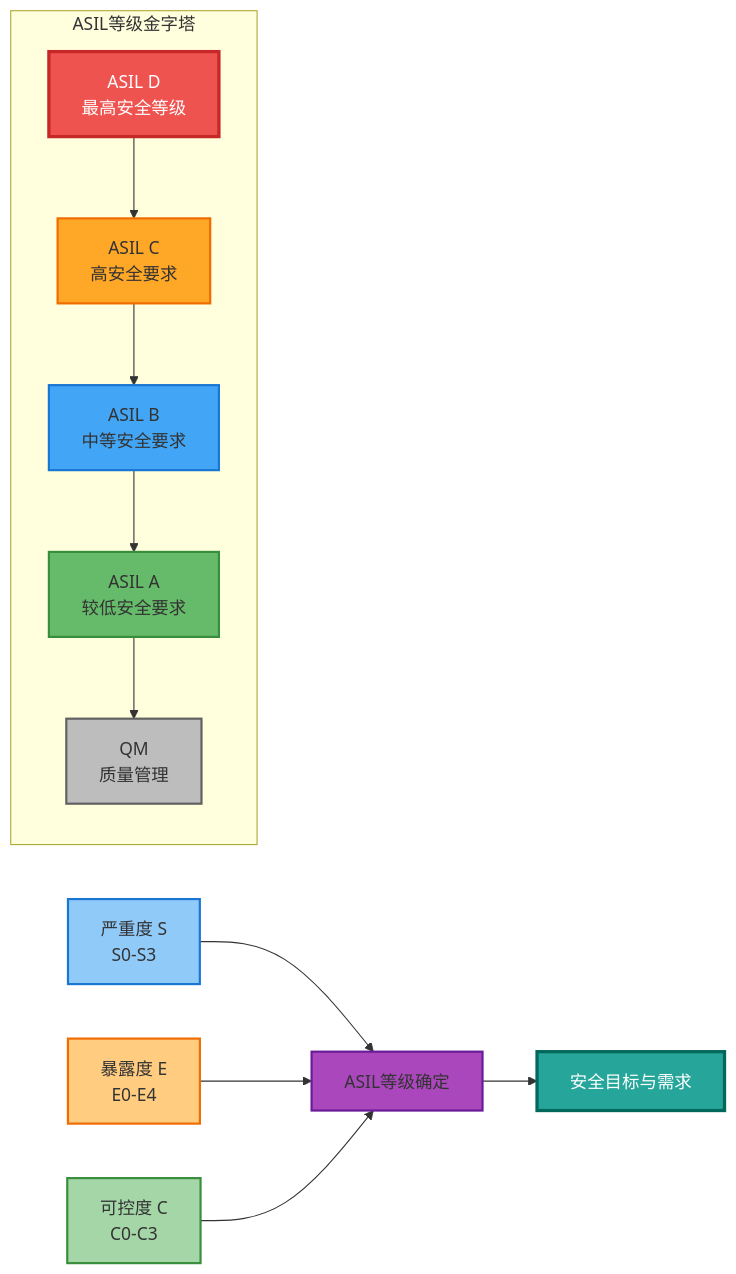
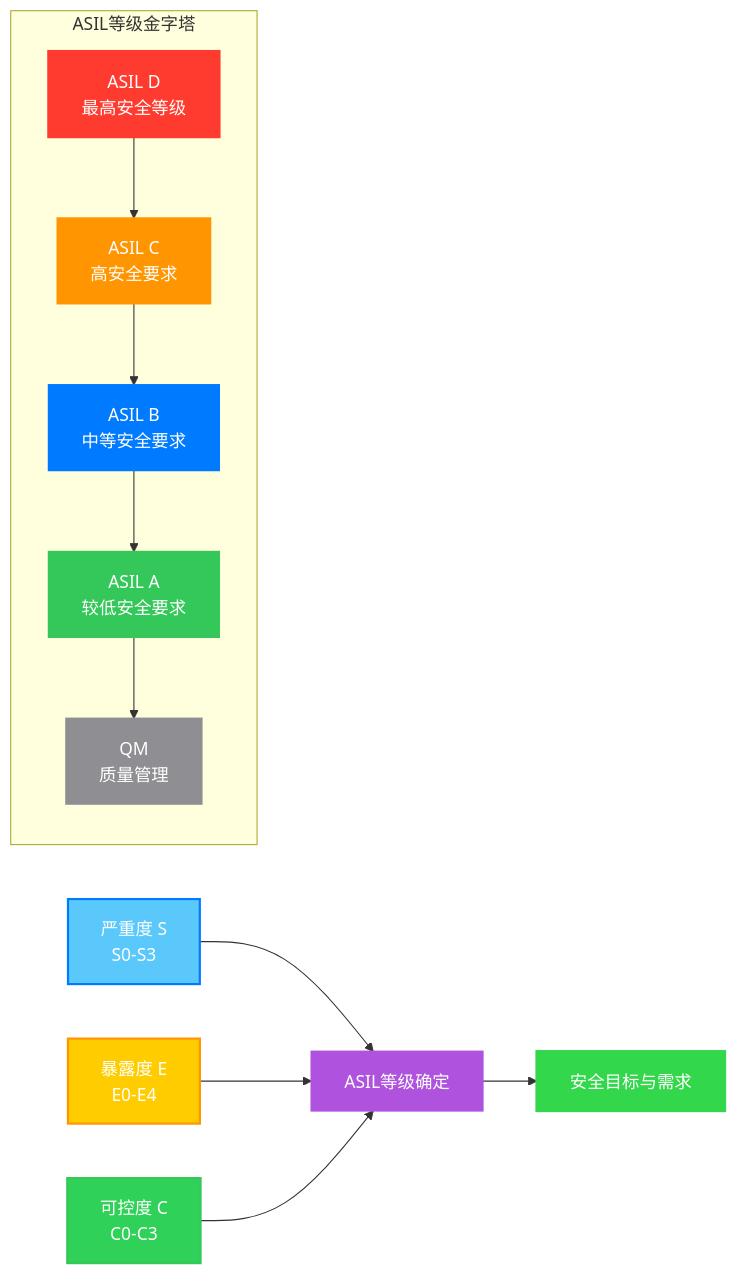
Before and after one commit to s-ai-unix/blog: the eighth of 13 diagrams in content/posts/2026-01-16-automotive-risk-analysis-overview.md, drawn with Mermaid. The commit also changed other lines of this file and 9 other files, not shown here.

````diff
--- a/content/posts/2026-01-16-automotive-risk-analysis-overview.md
+++ b/content/posts/2026-01-16-automotive-risk-analysis-overview.md
@@ -376,28 +454,28 @@
 ```mermaid
 graph LR
     subgraph ASIL等级金字塔
         D[ASIL D<br>最高安全等级]
         CC[ASIL C<br>高安全要求]
         B[ASIL B<br>中等安全要求]
         A[ASIL A<br>较低安全要求]
         QM[QM<br>质量管理]
 
         D --> CC --> B --> A --> QM
     end
 
     S[严重度 S<br>S0-S3] --> ASIL[ASIL等级确定]
     E[暴露度 E<br>E0-E4] --> ASIL
     Cont[可控度 C<br>C0-C3] --> ASIL
     ASIL --> RESULT[安全目标与需求]
 
-    style D fill:#ef5350,stroke:#c62828,stroke-width:3px,color:#ffffff
-    style CC fill:#ffa726,stroke:#ef6c00,stroke-width:2px
-    style B fill:#42a5f5,stroke:#1976d2,stroke-width:2px
-    style A fill:#66bb6a,stroke:#388e3c,stroke-width:2px
-    style QM fill:#bdbdbd,stroke:#616161,stroke-width:2px
-    style S fill:#90caf9,stroke:#1976d2,stroke-width:2px
-    style E fill:#ffcc80,stroke:#ef6c00,stroke-width:2px
-    style Cont fill:#a5d6a7,stroke:#388e3c,stroke-width:2px
-    style ASIL fill:#ab47bc,stroke:#6a1b9a,stroke-width:2px
-    style RESULT fill:#26a69a,stroke:#00695c,stroke-width:3px,color:#ffffff
+    style D fill:#FF3B30,stroke:#FF3B30,stroke-width:3px,color:#ffffff
+    style CC fill:#FF9500,stroke:#FF9500,stroke-width:2px,color:#ffffff
+    style B fill:#007AFF,stroke:#007AFF,stroke-width:2px,color:#ffffff
+    style A fill:#34C759,stroke:#34C759,stroke-width:2px,color:#ffffff
+    style QM fill:#8E8E93,stroke:#8E8E93,stroke-width:2px,color:#ffffff
+    style S fill:#5AC8FA,stroke:#007AFF,stroke-width:2px,color:#ffffff
+    style E fill:#FFCC00,stroke:#FF9500,stroke-width:2px,color:#ffffff
+    style Cont fill:#30D158,stroke:#34C759,stroke-width:2px,color:#ffffff
+    style ASIL fill:#AF52DE,stroke:#AF52DE,stroke-width:2px,color:#ffffff
+    style RESULT fill:#32D74B,stroke:#32D74B,stroke-width:3px,color:#ffffff
 ```
````
